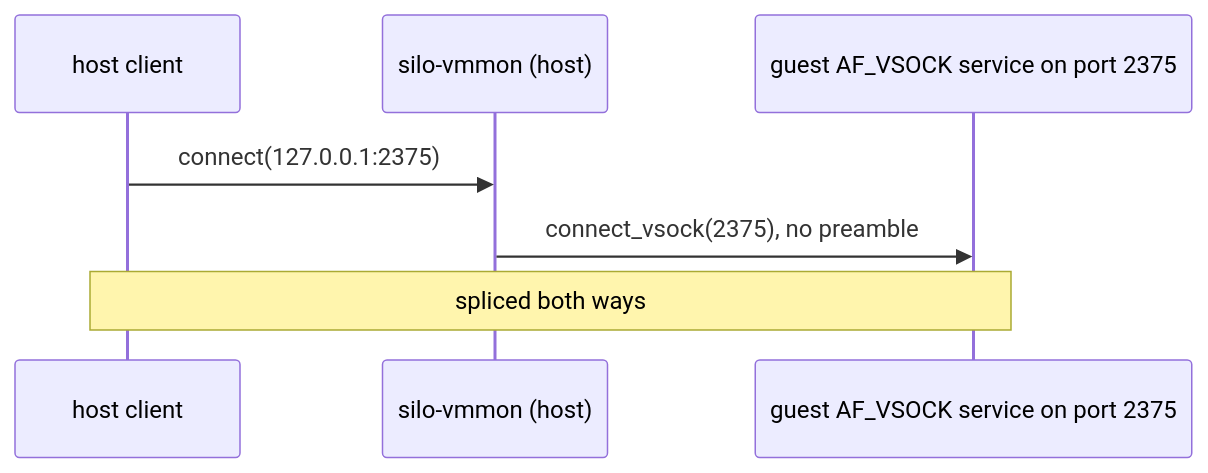
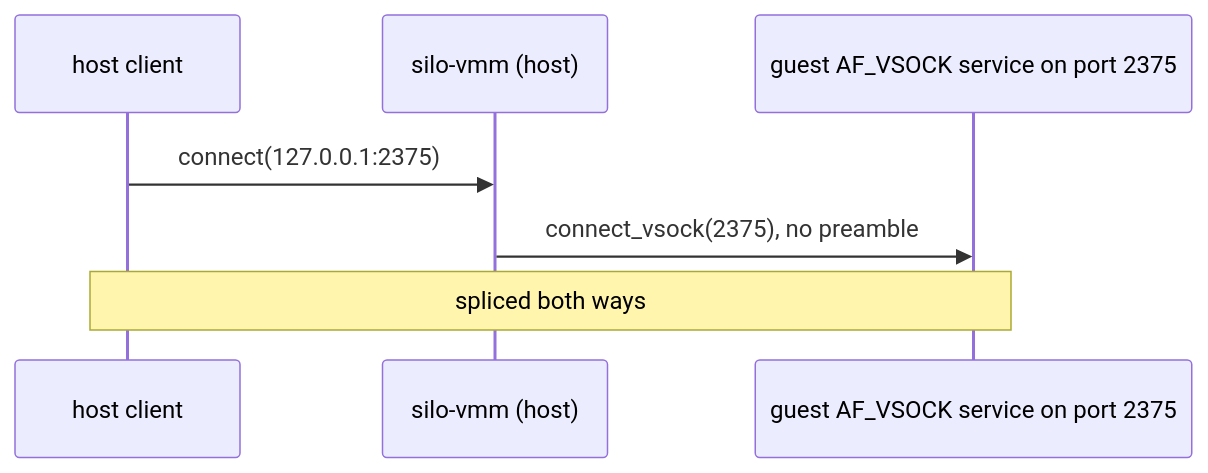
Before and after one commit to vandycknick/silo: the third of 9 diagrams in docs/adr/0016-vsock-forwards-and-netd-publications.md, drawn with Mermaid. The commit also changed other lines of this file and 194 other files, not shown here.

First line of the commit message:
refactor(runtime): rename silo-vmmon to silo-vmm and name workers krun

````diff
--- a/docs/adr/0016-vsock-forwards-and-netd-publications.md
+++ b/docs/adr/0016-vsock-forwards-and-netd-publications.md
@@ -249,9 +249,9 @@
 ```mermaid
 sequenceDiagram
   participant C as host client
-  participant V as silo-vmmon (host)
+  participant V as silo-vmm (host)
   participant G as guest AF_VSOCK service on port 2375
   C->>V: connect(127.0.0.1:2375)
   V->>G: connect_vsock(2375), no preamble
   Note over C,G: spliced both ways
 ```
````
